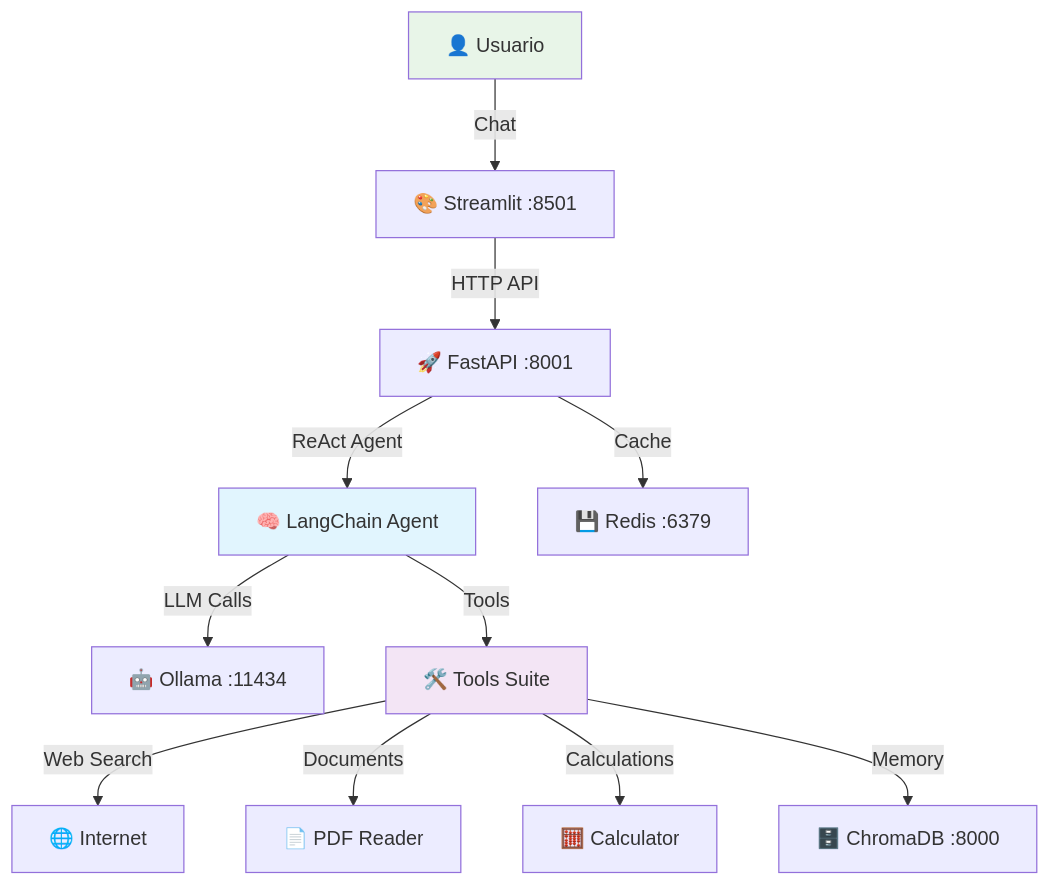
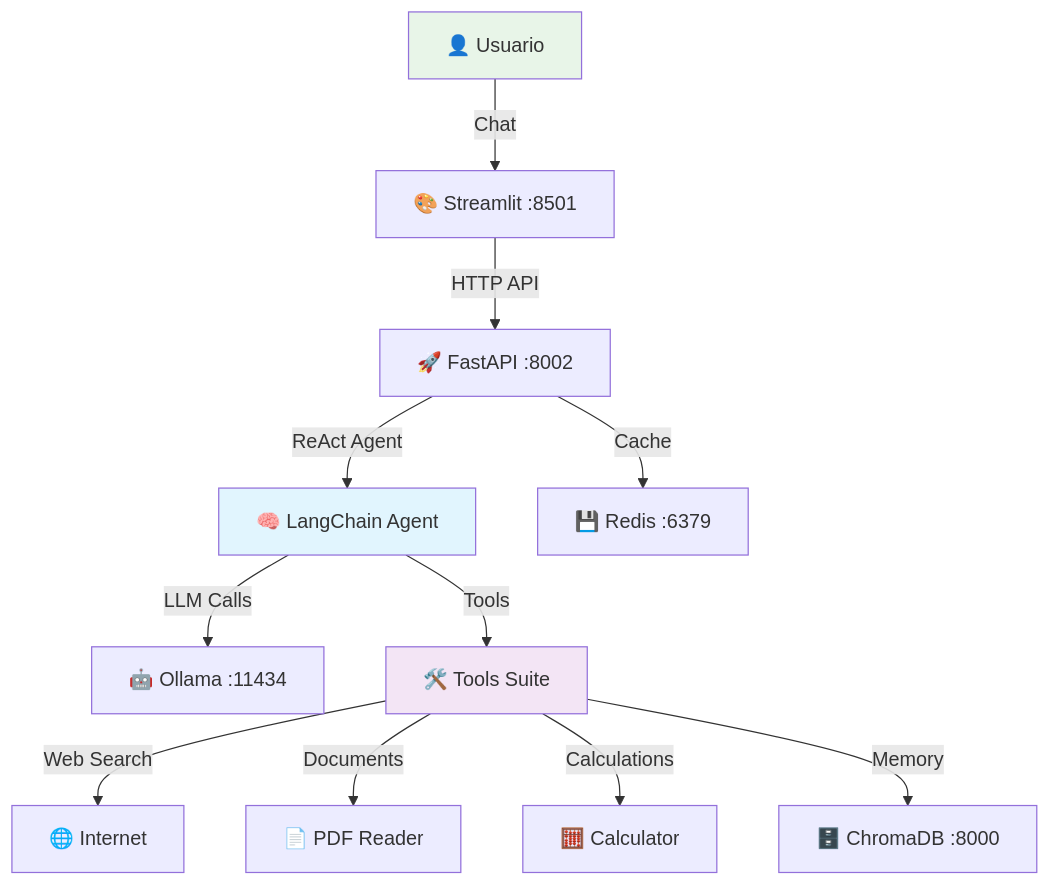
Before and after one commit to davidgonveg/SmartDoc_API: the diagram in README.md, drawn with Mermaid. The commit also changed other lines of this file and 16 other files, not shown here.

````diff
--- a/README.md
+++ b/README.md
@@ -177,17 +159,17 @@
 ```mermaid
 graph TB
     User[👤 Usuario] -->|Chat| UI[🎨 Streamlit :8501]
-    UI -->|HTTP API| API[🚀 FastAPI :8001]
+    UI -->|HTTP API| API[🚀 FastAPI :8002]
     API -->|ReAct Agent| LC[🧠 LangChain Agent]
     LC -->|LLM Calls| OL[🤖 Ollama :11434]
     LC -->|Tools| TOOLS[🛠️ Tools Suite]
     TOOLS -->|Web Search| WEB[🌐 Internet]
     TOOLS -->|Documents| PDF[📄 PDF Reader]
     TOOLS -->|Calculations| CALC[🧮 Calculator]
     TOOLS -->|Memory| CHROMA[🗄️ ChromaDB :8000]
     API -->|Cache| REDIS[💾 Redis :6379]
     
     style LC fill:#e1f5fe
     style TOOLS fill:#f3e5f5
     style User fill:#e8f5e8
 ```
````
